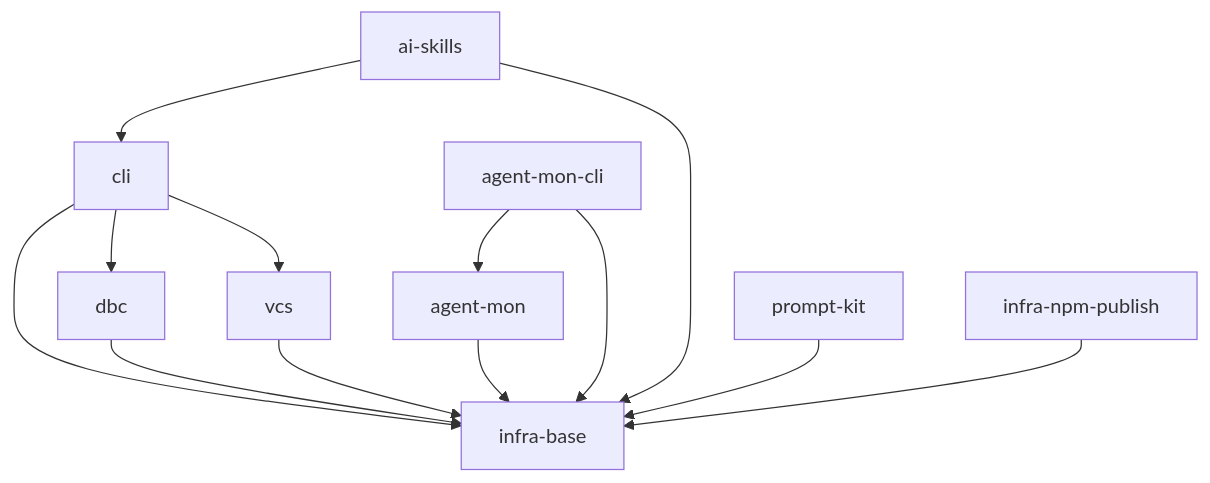
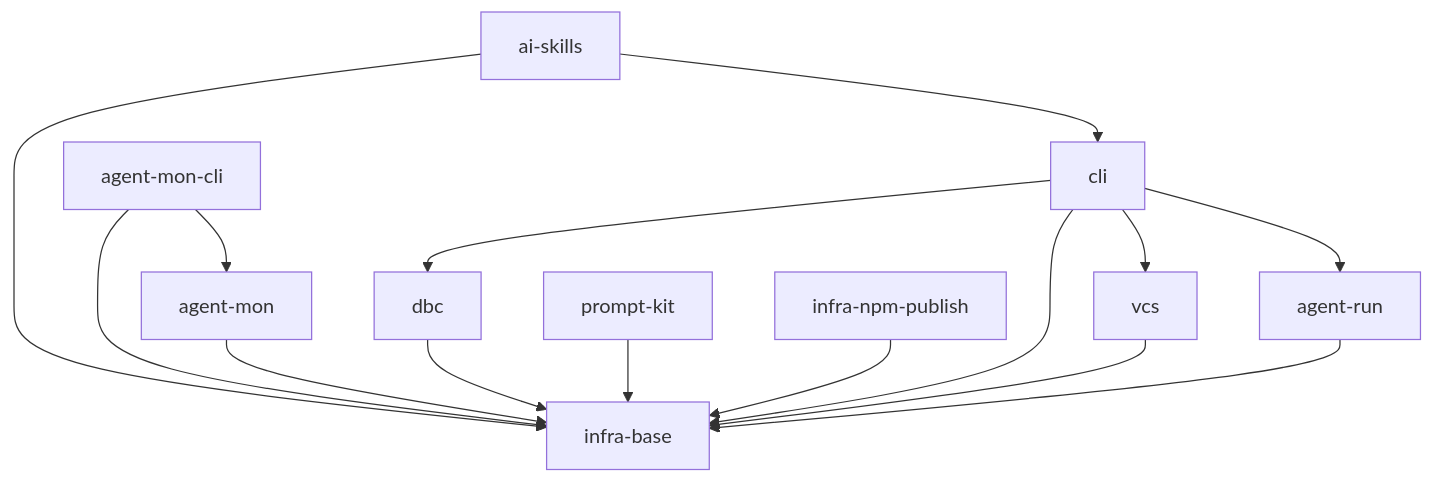
The diagram in specs/README.md (RubaXa/gennady), drawn with Mermaid before and after one commit. The commit also changed 25 other files, not shown here.

Commit message:
fix(specs): correct relative parent-scope paths and add missing scope-graph edges

````diff
--- a/specs/README.md
+++ b/specs/README.md
@@ -9,15 +9,17 @@
 ```mermaid
 graph TD
     cli --> dbc
     cli --> infra-base
     cli --> vcs
     dbc --> infra-base
     vcs --> infra-base
     agent-mon --> infra-base
     agent-mon-cli --> infra-base
     agent-mon-cli --> agent-mon
+    agent-run --> infra-base
+    cli --> agent-run
     ai-skills --> infra-base
     ai-skills --> cli
     prompt-kit --> infra-base
     infra-npm-publish --> infra-base
 ```
````
